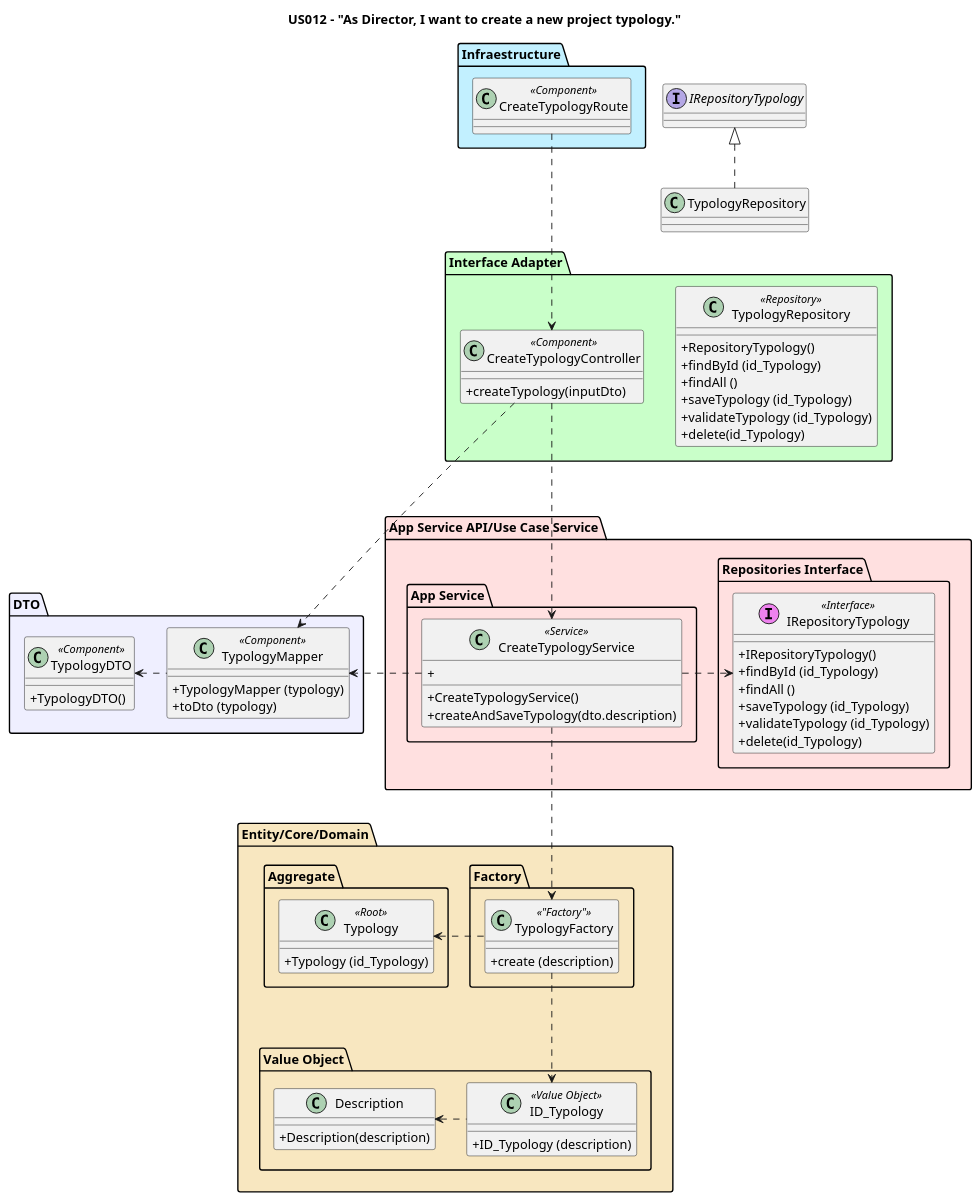
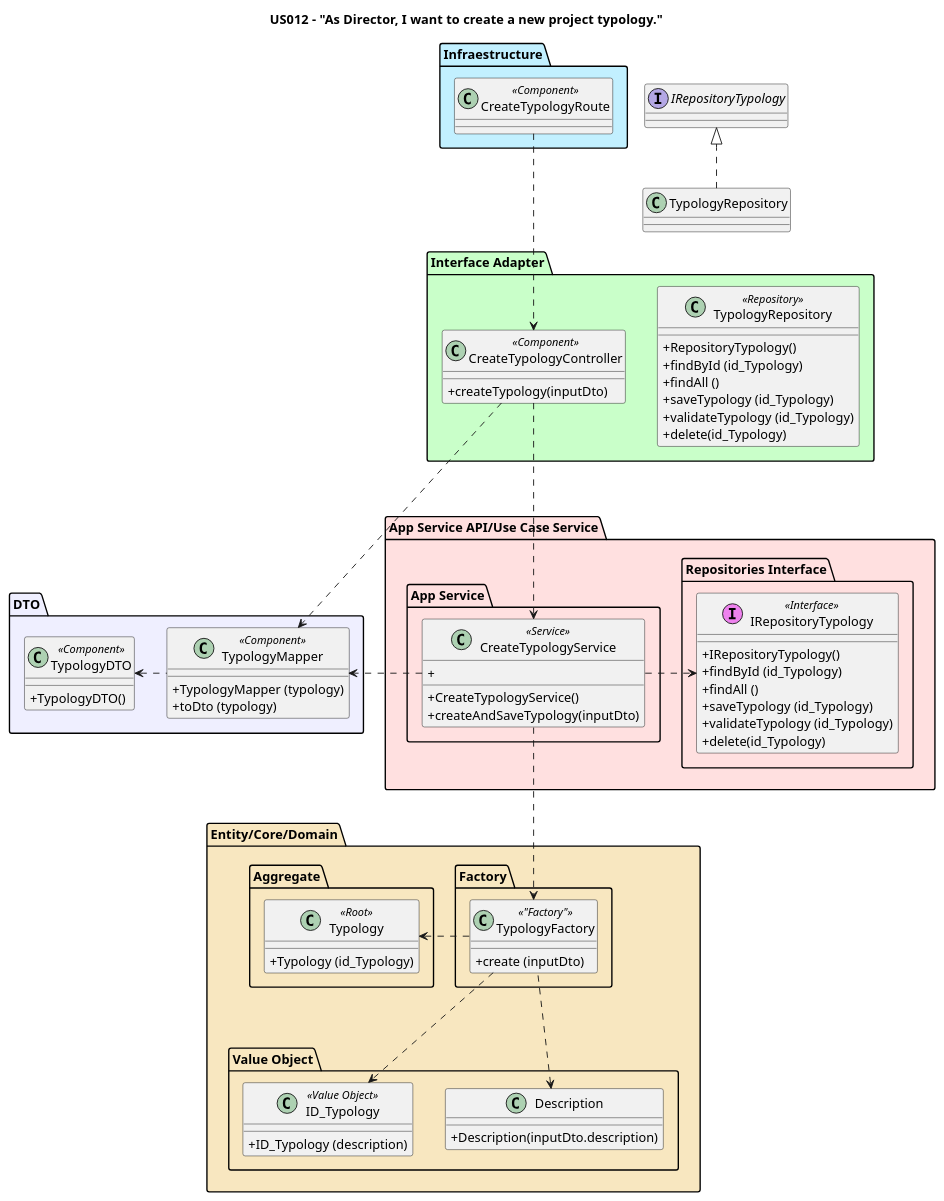
Before and after one commit to nunogon1211787/projectManagement: the diagram in docs/Sprint1/US012/US012-CD.puml, drawn with PlantUML. The commit also changed 46 other files, not shown here.

```diff
--- a/docs/Sprint1/US012/US012-CD.puml
+++ b/docs/Sprint1/US012/US012-CD.puml
@@ -1,93 +1,93 @@
 @startuml
 
 skinparam classAttributeIconSize 0
 
 title US012 - "As Director, I want to create a new project typology."
 
 package "Infraestructure" #application {
     class CreateTypologyRoute <<Component>>{
     }
 }
 
 package "Interface Adapter" #technology {
     class CreateTypologyController <<Component>>{
     +createTypology(inputDto)
     }
 
     class TypologyRepository <<Repository>>{
     +RepositoryTypology()
     +findById (id_Typology)
     +findAll ()
     +saveTypology (id_Typology)
     +validateTypology (id_Typology)
     +delete(id_Typology)
     }
 }
 
 package "DTO" #motivation {
     class TypologyDTO <<Component>> {
     +TypologyDTO()
     }
 
     class TypologyMapper <<Component>> {
     +TypologyMapper (typology)
     +toDto (typology)
     }
 }
 
 package "App Service API/Use Case Service" #implementation {
     package "App Service" {
         class CreateTypologyService <<Service>>{
         +CreateTypologyService()
-        +createAndSaveTypology(dto.description)
+        +createAndSaveTypology(inputDto)
         +
         }
     }
     package "Repositories Interface" {
         class IRepositoryTypology <<(I, Violet) Interface>> {
             +IRepositoryTypology()
             +findById (id_Typology)
             +findAll ()
             +saveTypology (id_Typology)
             +validateTypology (id_Typology)
             +delete(id_Typology)
         }
     }
 }
 
 
 package "Entity/Core/Domain" #strategy {
     package "Factory" {
         class TypologyFactory <<"Factory">> {
-        +create (description)
+        +create (inputDto)
         }
     }
     package "Aggregate" {
         class Typology <<Root>>{
             +Typology (id_Typology)
         }
     }
     package "Value Object"  {
         class ID_Typology <<Value Object>>{
         +ID_Typology (description)
         }
         class Description {
-        +Description(description)
+        +Description(inputDto.description)
         }
     }
 }
 
 CreateTypologyRoute -down..> CreateTypologyController
 CreateTypologyController -down..> CreateTypologyService
 CreateTypologyController -right..> TypologyMapper
 CreateTypologyService -right..> TypologyMapper
 TypologyMapper -left..>TypologyDTO
 CreateTypologyService -down..> TypologyFactory
 TypologyFactory -left..> Typology
 CreateTypologyService -right..> IRepositoryTypology
 IRepositoryTypology -up[hidden]..> TypologyRepository
 class TypologyRepository implements IRepositoryTypology
 TypologyFactory -down..> ID_Typology
-ID_Typology -left..> Description
+TypologyFactory -left..> Description
 
 @enduml
```
